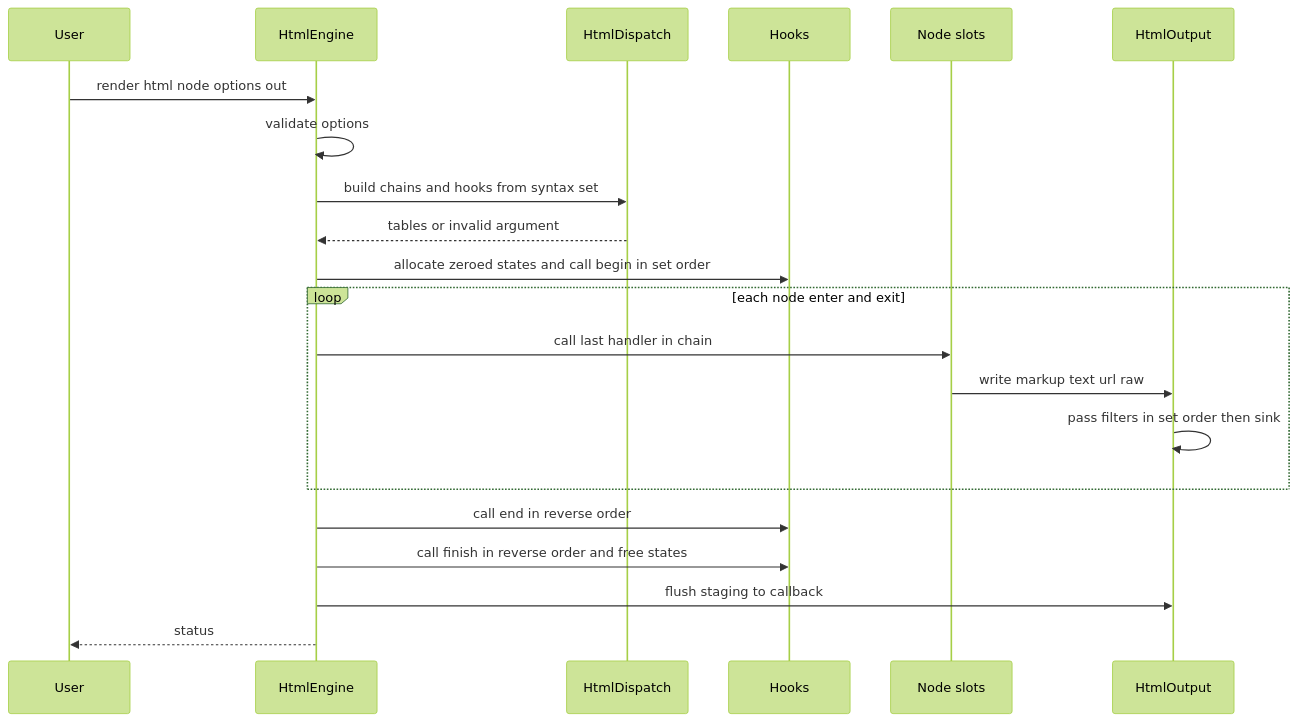
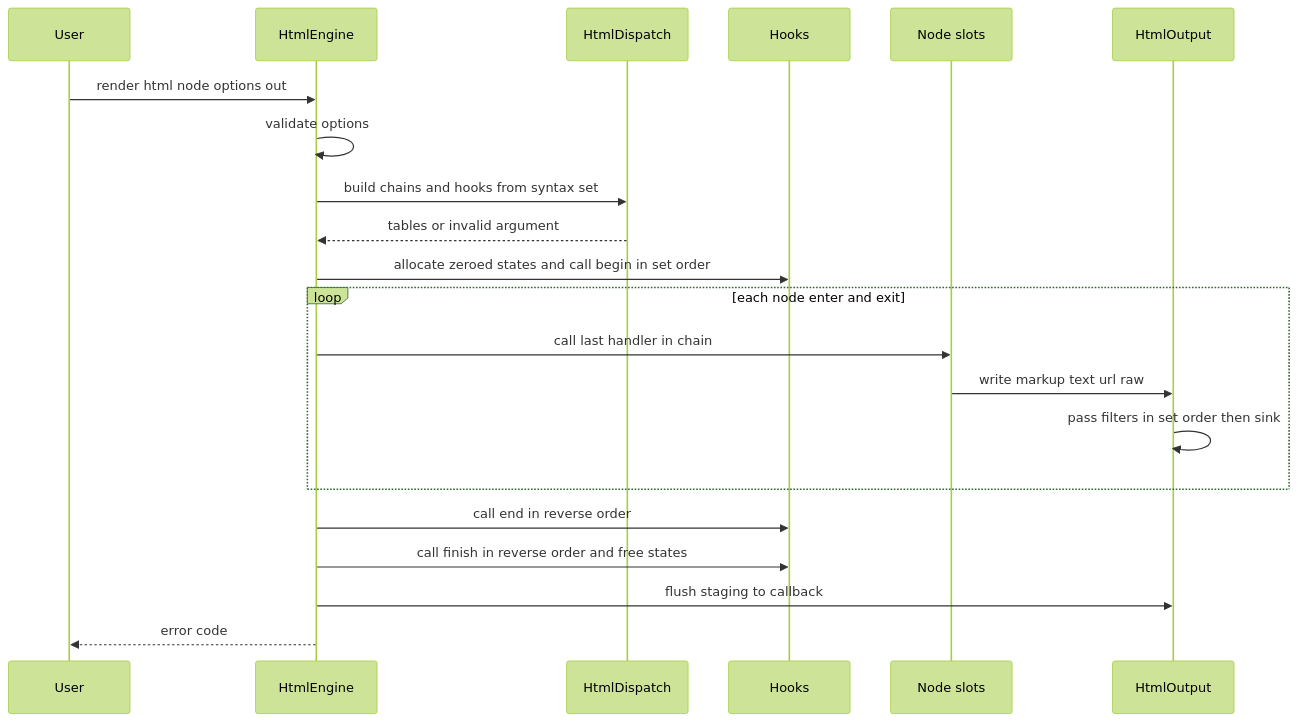
Before and after one commit to ktdevx/amark-private2: the second of 4 diagrams in .kiro/specs/html-renderer/design.md, drawn with Mermaid (forest theme). The commit also changed other lines of this file and 22 other files, not shown here.

````diff
--- a/.kiro/specs/html-renderer/design.md
+++ b/.kiro/specs/html-renderer/design.md
@@ -179,23 +179,23 @@
 ```mermaid
 sequenceDiagram
     participant U as User
     participant E as HtmlEngine
     participant D as HtmlDispatch
     participant H as Hooks
     participant S as Node slots
     participant O as HtmlOutput
     U->>E: render html node options out
     E->>E: validate options
     E->>D: build chains and hooks from syntax set
     D-->>E: tables or invalid argument
     E->>H: allocate zeroed states and call begin in set order
     loop each node enter and exit
         E->>S: call last handler in chain
         S->>O: write markup text url raw
         O->>O: pass filters in set order then sink
     end
     E->>H: call end in reverse order
     E->>H: call finish in reverse order and free states
     E->>O: flush staging to callback
-    E-->>U: status
+    E-->>U: error code
 ```
````
